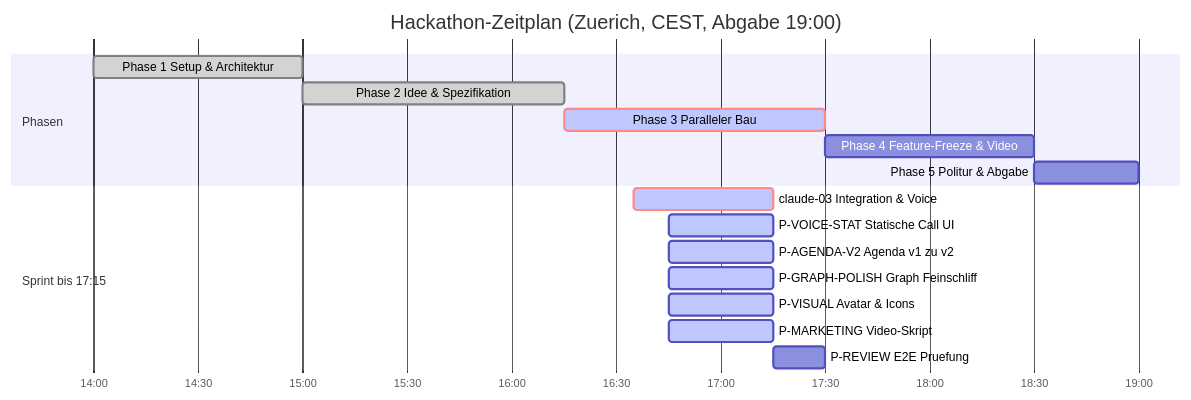
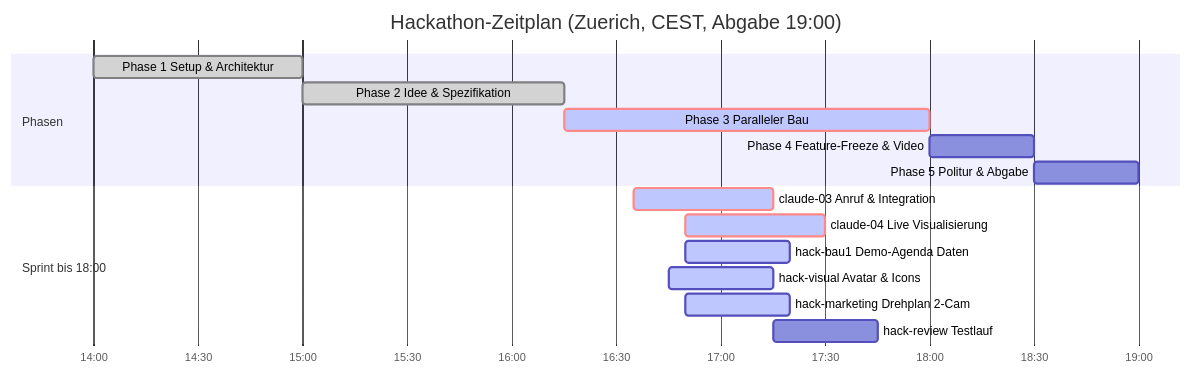
One commit to Philipp2agent/agentic-hack-google changed the diagram in STAND.md. Above: the diagram before and after it, drawn with Mermaid. The commit also changed other lines of this file, not shown here.

Commit message:
docs(stand): Update auf neue Aufteilung bis 18:00 und claude-04 Link

````diff
--- a/STAND.md
+++ b/STAND.md
@@ -25,20 +21,19 @@
 ```mermaid
 gantt
   title Hackathon-Zeitplan (Zuerich, CEST, Abgabe 19:00)
   dateFormat HH:mm
   axisFormat %H:%M
   section Phasen
   Phase 1 Setup & Architektur    :done, p1, 14:00, 15:00
   Phase 2 Idee & Spezifikation   :done, p2, 15:00, 16:15
-  Phase 3 Paralleler Bau         :crit, active, p3, 16:15, 17:30
-  Phase 4 Feature-Freeze & Video :p4, 17:30, 18:30
+  Phase 3 Paralleler Bau         :crit, active, p3, 16:15, 18:00
+  Phase 4 Feature-Freeze & Video :p4, 18:00, 18:30
   Phase 5 Politur & Abgabe       :p5, 18:30, 19:00
-  section Sprint bis 17:15
-  claude-03 Integration & Voice  :crit, active, p_cl3, 16:35, 17:15
-  P-VOICE-STAT Statische Call UI :active, p_voi, 16:45, 17:15
-  P-AGENDA-V2 Agenda v1 zu v2    :active, p_ag, 16:45, 17:15
-  P-GRAPH-POLISH Graph Feinschliff :active, p_gr, 16:45, 17:15
-  P-VISUAL Avatar & Icons        :active, p_vis, 16:45, 17:15
-  P-MARKETING Video-Skript       :active, p_mkt, 16:45, 17:15
-  P-REVIEW E2E Pruefung          :p_rev, 17:15, 17:30
+  section Sprint bis 18:00
+  claude-03 Anruf & Integration  :crit, active, p_cl3, 16:35, 17:15
+  claude-04 Live Visualisierung  :crit, active, p_cl4, 16:50, 17:30
+  hack-bau1 Demo-Agenda Daten    :active, p_ag, 16:50, 17:20
+  hack-visual Avatar & Icons     :active, p_vis, 16:45, 17:15
+  hack-marketing Drehplan 2-Cam  :active, p_mkt, 16:50, 17:20
+  hack-review Testlauf           :p_rev, 17:15, 17:45
 ```
````
